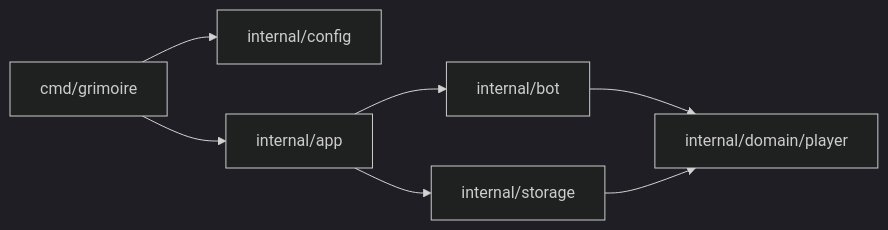
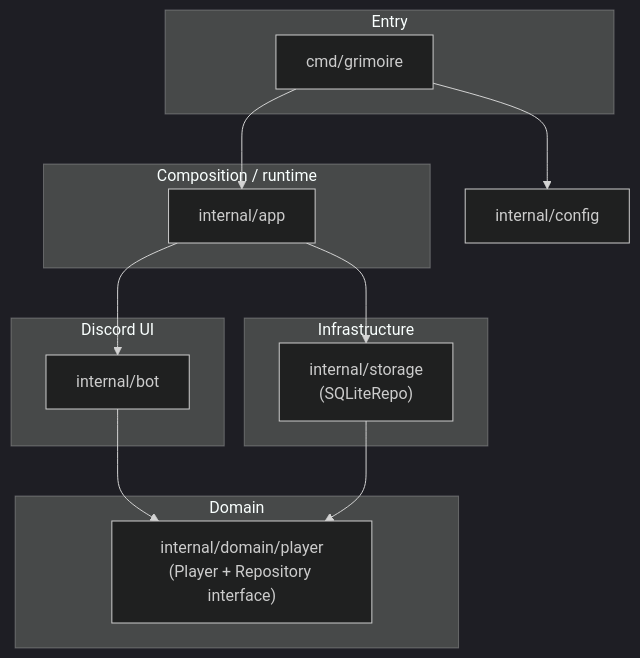
One commit to Riuchek/Grimoire changed the diagram in docs/arquitetura.md. Above: the diagram before and after it, drawn with Mermaid (dark theme). The commit also changed other lines of this file, not shown here.

````diff
--- a/docs/arquitetura.md
+++ b/docs/arquitetura.md
@@ -7,9 +26,31 @@
 ```mermaid
-flowchart LR
-  main[cmd/grimoire] --> config[internal/config]
-  main --> app[internal/app]
-  app --> bot[internal/bot]
-  app --> storage[internal/storage]
-  bot --> domain[internal/domain/player]
-  storage --> domain
+flowchart TB
+  subgraph entry["Entry"]
+    main["cmd/grimoire"]
+  end
+
+  subgraph wiring["Composition / runtime"]
+    app["internal/app"]
+  end
+
+  subgraph discord["Discord UI"]
+    bot["internal/bot"]
+  end
+
+  subgraph domain["Domain"]
+    playerpkg["internal/domain/player\n(Player + Repository interface)"]
+  end
+
+  subgraph infra["Infrastructure"]
+    storage["internal/storage\n(SQLiteRepo)"]
+  end
+
+  config["internal/config"]
+
+  main --> config
+  main --> app
+  app --> bot
+  app --> storage
+  bot --> playerpkg
+  storage --> playerpkg
 ```
````
